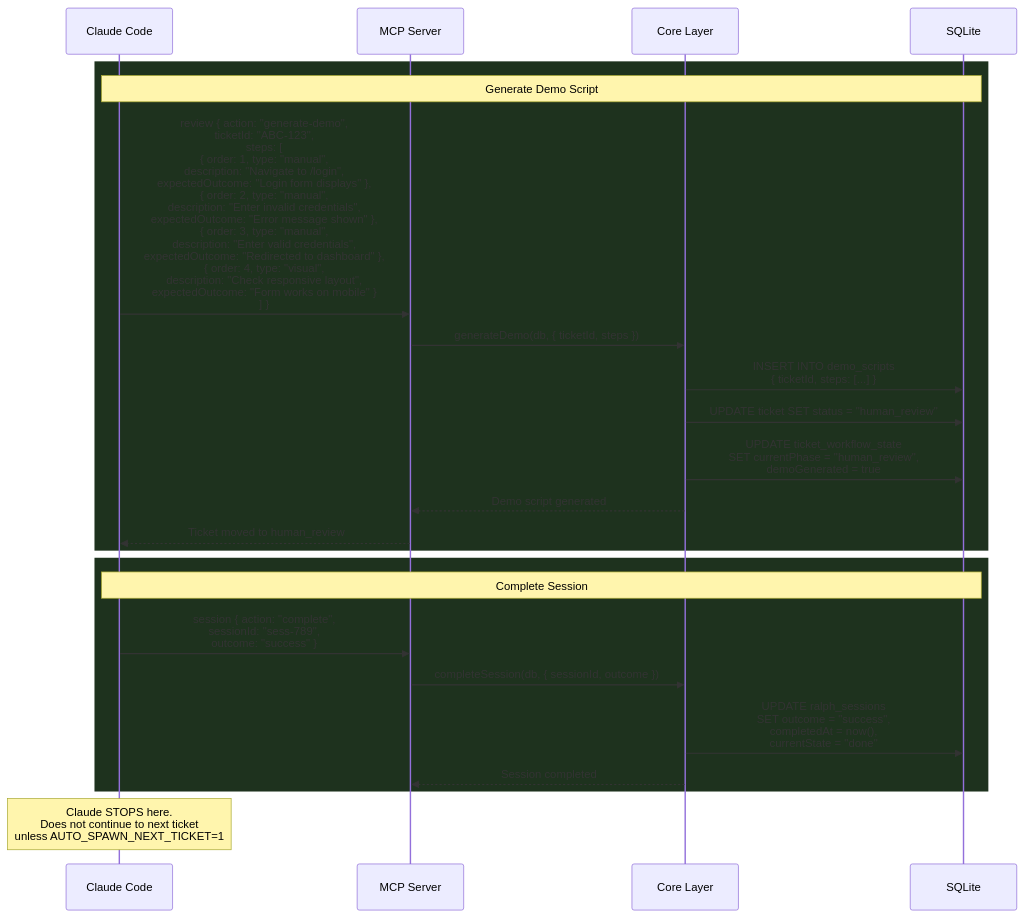
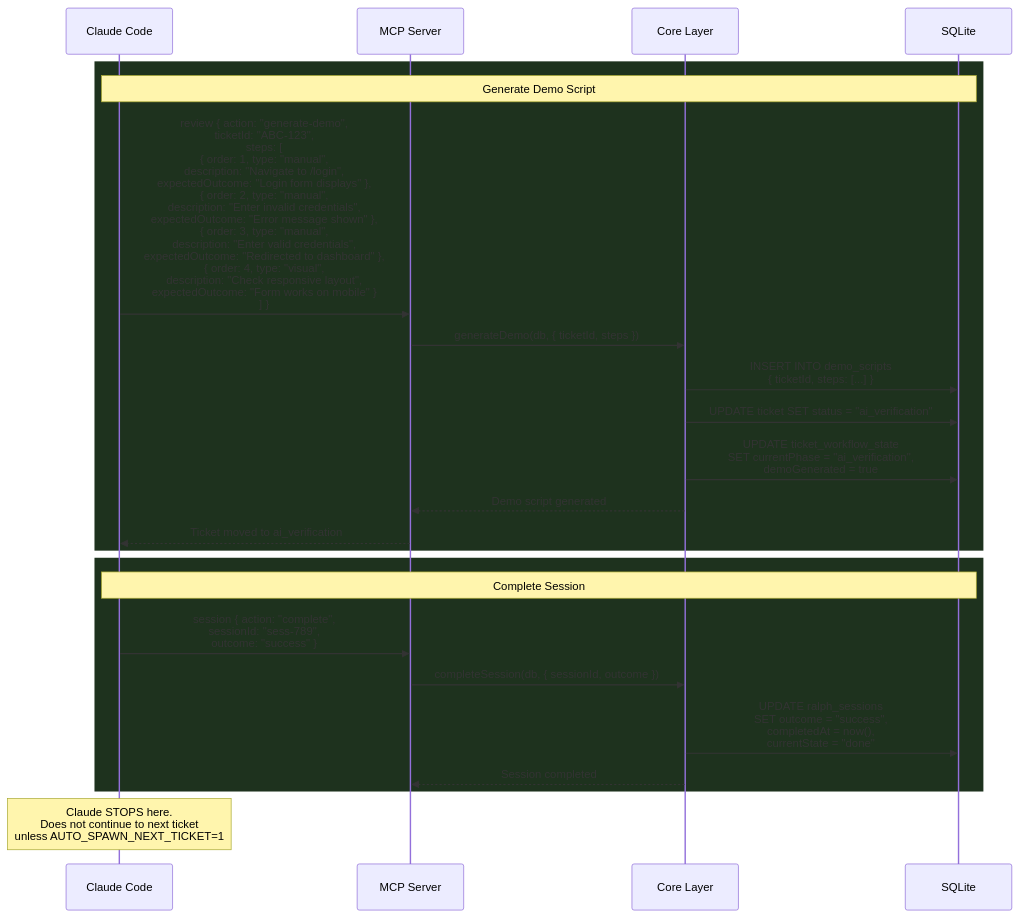
The tenth of 15 diagrams in docs/claude-flow-ticket-lifecycle.md (salmanrrana/brain-dump), drawn with Mermaid before and after one commit. The commit also changed other lines of this file and 84 other files, not shown here.

Commit message:
feat(9f63c408): add ai verification status flow

````diff
--- a/docs/claude-flow-ticket-lifecycle.md
+++ b/docs/claude-flow-ticket-lifecycle.md
@@ -456,29 +456,29 @@
 ```mermaid
 sequenceDiagram
     participant Claude as Claude Code
     participant MCP as MCP Server
     participant Core as Core Layer
     participant DB as SQLite
 
     rect rgb(30, 50, 30)
         Note over Claude,DB: Generate Demo Script
         Claude->>MCP: review { action: "generate-demo",<br/>ticketId: "ABC-123",<br/>steps: [<br/>  { order: 1, type: "manual",<br/>    description: "Navigate to /login",<br/>    expectedOutcome: "Login form displays" },<br/>  { order: 2, type: "manual",<br/>    description: "Enter invalid credentials",<br/>    expectedOutcome: "Error message shown" },<br/>  { order: 3, type: "manual",<br/>    description: "Enter valid credentials",<br/>    expectedOutcome: "Redirected to dashboard" },<br/>  { order: 4, type: "visual",<br/>    description: "Check responsive layout",<br/>    expectedOutcome: "Form works on mobile" }<br/>] }
 
         MCP->>Core: generateDemo(db, { ticketId, steps })
         Core->>DB: INSERT INTO demo_scripts<br/>{ ticketId, steps: [...] }
-        Core->>DB: UPDATE ticket SET status = "human_review"
-        Core->>DB: UPDATE ticket_workflow_state<br/>SET currentPhase = "human_review",<br/>demoGenerated = true
+        Core->>DB: UPDATE ticket SET status = "ai_verification"
+        Core->>DB: UPDATE ticket_workflow_state<br/>SET currentPhase = "ai_verification",<br/>demoGenerated = true
         Core-->>MCP: Demo script generated
-        MCP-->>Claude: Ticket moved to human_review
+        MCP-->>Claude: Ticket moved to ai_verification
     end
 
     rect rgb(30, 50, 30)
         Note over Claude,DB: Complete Session
         Claude->>MCP: session { action: "complete",<br/>sessionId: "sess-789",<br/>outcome: "success" }
         MCP->>Core: completeSession(db, { sessionId, outcome })
         Core->>DB: UPDATE ralph_sessions<br/>SET outcome = "success",<br/>completedAt = now(),<br/>currentState = "done"
         Core-->>MCP: Session completed
     end
 
     Note over Claude: Claude STOPS here.<br/>Does not continue to next ticket<br/>unless AUTO_SPAWN_NEXT_TICKET=1
 ```
````
